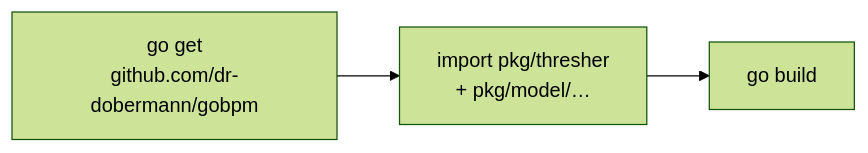
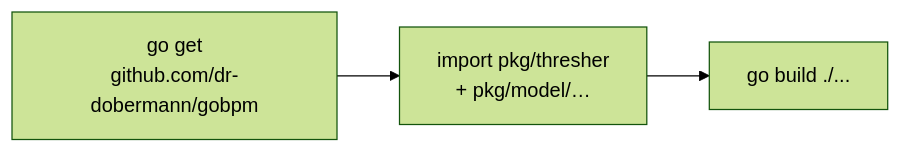
The diagram in docs/guides/getting-started/installation.md (dr-dobermann/gobpm), drawn with Mermaid (forest theme) before and after one commit. The commit also changed other lines of this file and 81 other files, not shown here.

````diff
--- a/docs/guides/getting-started/installation.md
+++ b/docs/guides/getting-started/installation.md
@@ -19,4 +15,4 @@
 ```mermaid
 flowchart LR
-    get["go get<br/>github.com/dr-dobermann/gobpm"] --> imp["import pkg/thresher<br/>+ pkg/model/…"] --> build["go build"]
+    get["go get<br/>github.com/dr-dobermann/gobpm"] --> imp["import pkg/thresher<br/>+ pkg/model/…"] --> build["go build ./..."]
 ```
````
